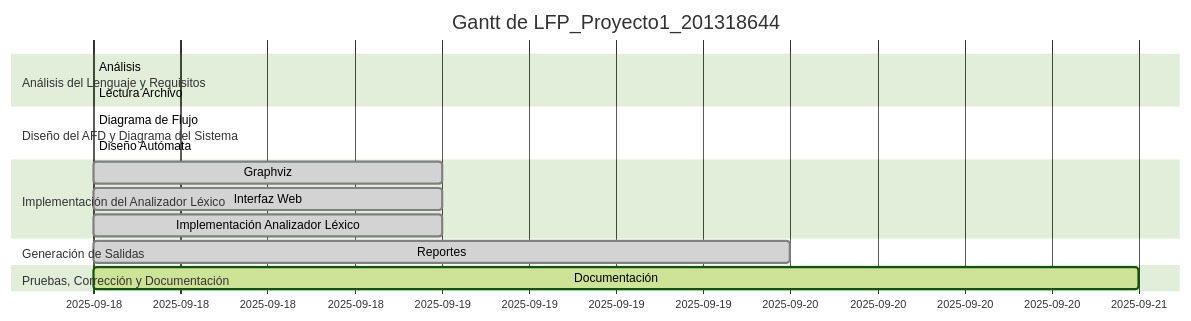
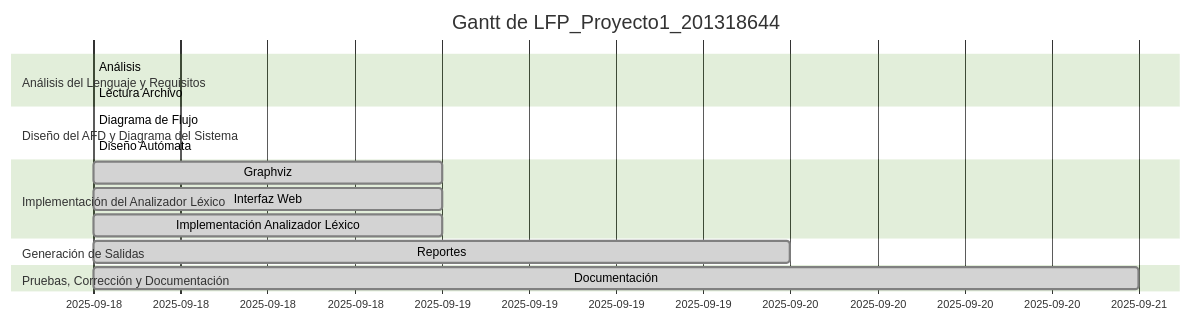
One commit to MynorCifuentes/TourneyJS changed the diagram in docs/gantt.md. Above: the diagram before and after it, drawn with Mermaid (forest theme).

Commit message:
Actualiza diagrama de Gantt automático

````diff
--- a/docs/gantt.md
+++ b/docs/gantt.md
@@ -1,20 +1,20 @@
 ```mermaid
 gantt
     dateFormat  YYYY-MM-DD
     title Gantt de LFP_Proyecto1_201318644
     excludes    weekends
     section Análisis del Lenguaje y Requisitos
     Análisis :done, 2, 2025-09-18, 2025-09-18
     Lectura Archivo :done, 1, 2025-09-18, 2025-09-18
     section Diseño del AFD y Diagrama del Sistema
-    Diagrama de Flujo :active, 4, 2025-09-18, 2025-09-18
+    Diagrama de Flujo :done, 4, 2025-09-18, 2025-09-18
     Diseño Autómata :done, 3, 2025-09-18, 2025-09-18
     section Implementación del Analizador Léxico
     Graphviz :done, 7, 2025-09-18, 2025-09-19
     Interfaz Web :done, 6, 2025-09-18, 2025-09-19
     Implementación Analizador Léxico :done, 5, 2025-09-18, 2025-09-19
     section Generación de Salidas
     Reportes :done, 8, 2025-09-18, 2025-09-20
     section Pruebas, Corrección y Documentación
-    Documentación :active, 9, 2025-09-18, 2025-09-21
+    Documentación :done, 9, 2025-09-18, 2025-09-21
 ```
````
